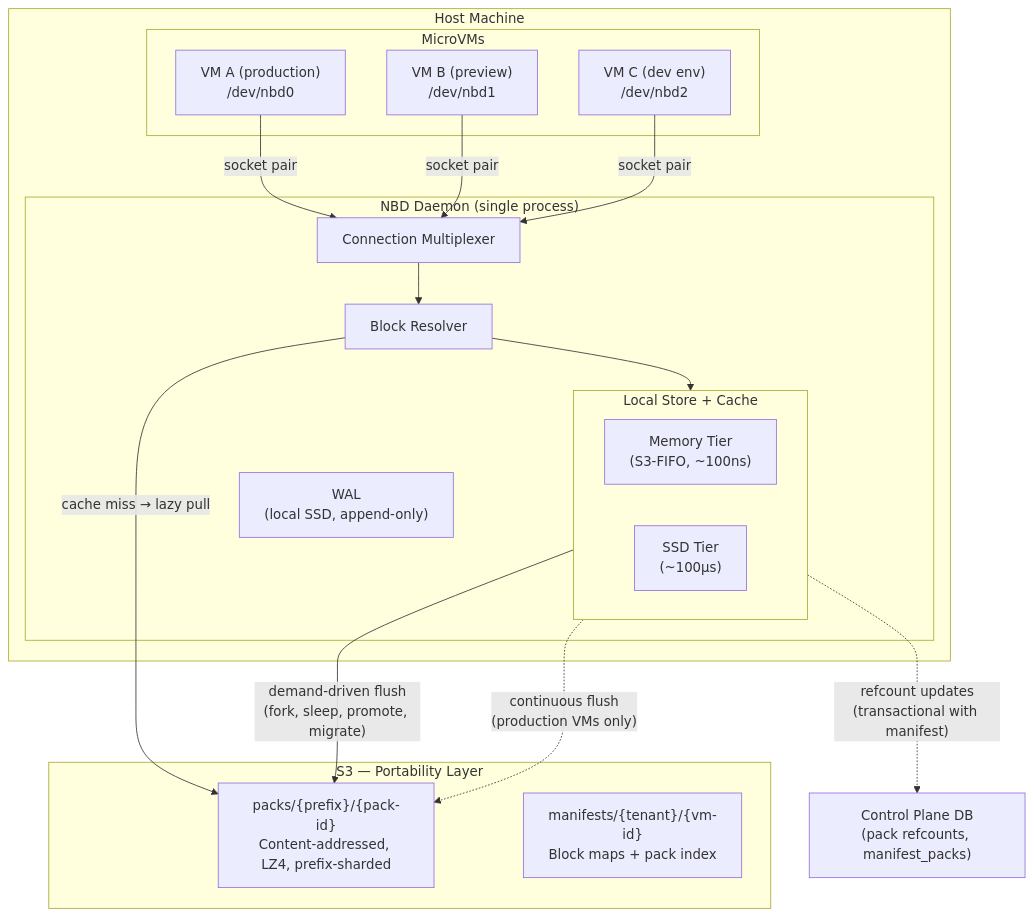
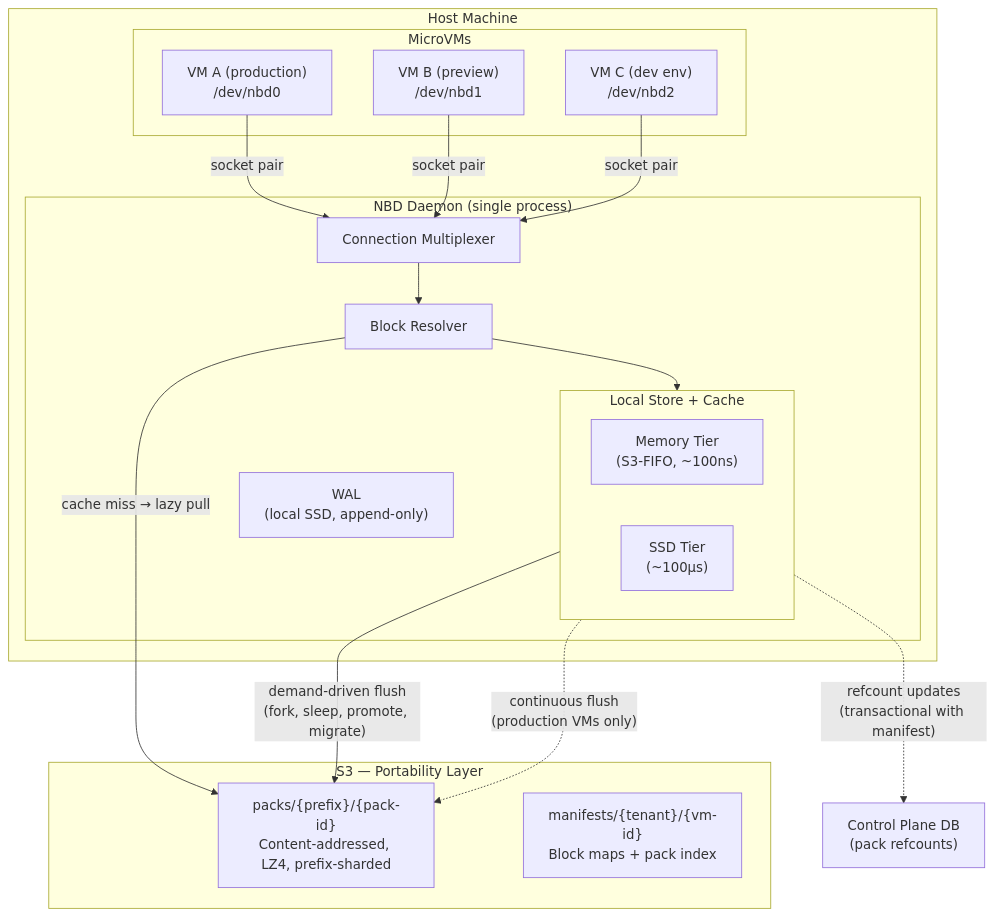
Before and after one commit to paraglidehq/glidefs: the first of 13 diagrams in GLIDEv2.md, drawn with Mermaid. The commit also changed other lines of this file, not shown here.

````diff
--- a/GLIDEv2.md
+++ b/GLIDEv2.md
@@ -57,38 +57,38 @@
 ```mermaid
 graph TB
     subgraph Host["Host Machine"]
         subgraph VMs["MicroVMs"]
             VM1["VM A (production)<br/>/dev/nbd0"]
             VM2["VM B (preview)<br/>/dev/nbd1"]
             VM3["VM C (dev env)<br/>/dev/nbd2"]
         end
 
         subgraph NBD["NBD Daemon (single process)"]
             MUX["Connection Multiplexer"]
             BR["Block Resolver"]
             WAL["WAL<br/>(local SSD, append-only)"]
             subgraph CACHE["Local Store + Cache"]
                 MEM["Memory Tier<br/>(S3-FIFO, ~100ns)"]
                 SSD["SSD Tier<br/>(~100μs)"]
             end
         end
 
         VM1 -->|"socket pair"| MUX
         VM2 -->|"socket pair"| MUX
         VM3 -->|"socket pair"| MUX
         MUX --> BR
         BR --> CACHE
     end
 
     subgraph S3["S3 — Portability Layer"]
         PACKS["packs/{prefix}/{pack-id}<br/>Content-addressed, LZ4, prefix-sharded"]
         MANIFESTS["manifests/{tenant}/{vm-id}<br/>Block maps + pack index"]
     end
 
-    DB["Control Plane DB<br/>(pack refcounts, manifest_packs)"]
+    DB["Control Plane DB<br/>(pack refcounts)"]
 
     CACHE -->|"demand-driven flush<br/>(fork, sleep, promote, migrate)"| PACKS
     BR -->|"cache miss → lazy pull"| PACKS
     CACHE -.->|"continuous flush<br/>(production VMs only)"| PACKS
     CACHE -.->|"refcount updates<br/>(transactional with manifest)"| DB
 ```
````
